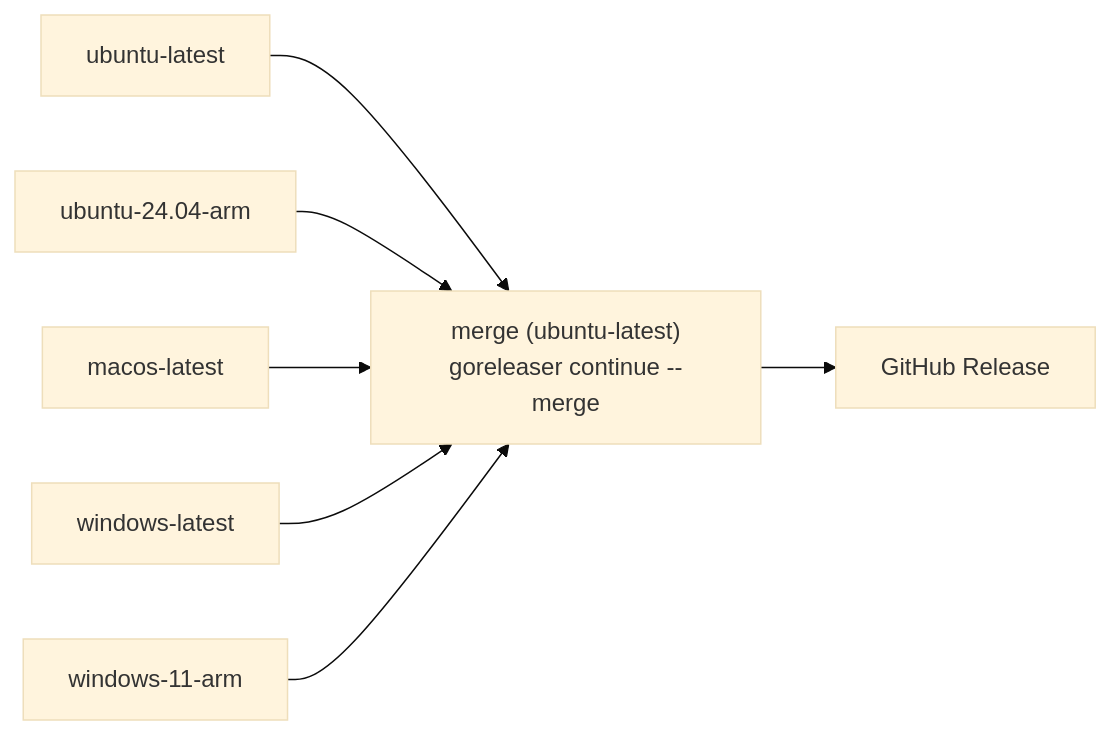
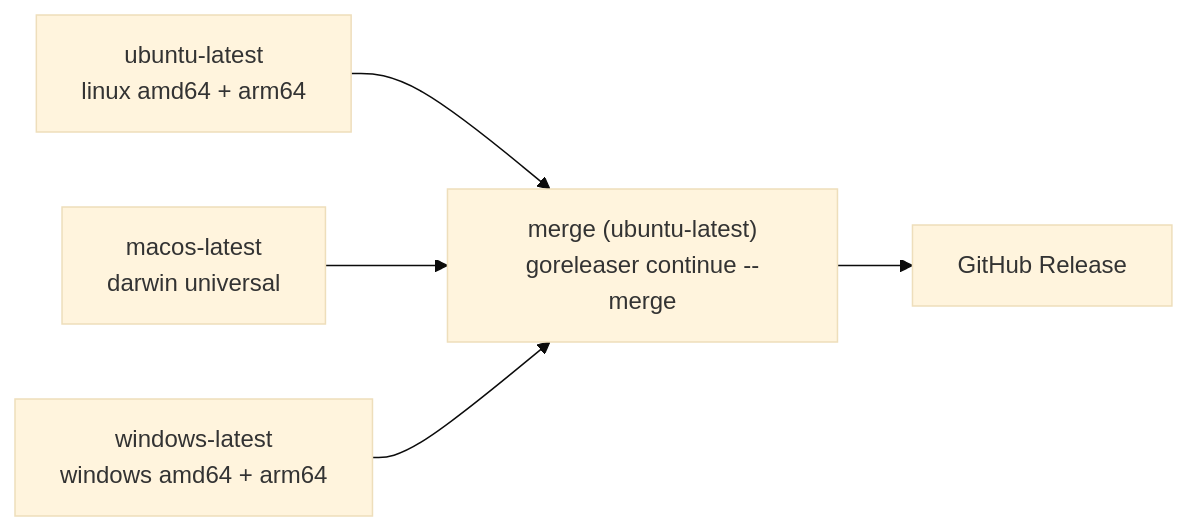
One commit to goreleaser/example-rust-split-merge changed the diagram in README.md. Above: the diagram before and after it, drawn with Mermaid (base theme). The commit also changed other lines of this file and 4 other files, not shown here.

````diff
--- a/README.md
+++ b/README.md
@@ -26,9 +35,7 @@
 ```mermaid
 flowchart LR
-    A[ubuntu-latest] --> M
-    B[ubuntu-24.04-arm] --> M
-    C[macos-latest] --> M
-    D[windows-latest] --> M
-    E[windows-11-arm] --> M
+    A[ubuntu-latest<br/>linux amd64 + arm64] --> M
+    B[macos-latest<br/>darwin universal] --> M
+    C[windows-latest<br/>windows amd64 + arm64] --> M
     M["merge (ubuntu-latest)<br/>goreleaser continue --merge"] --> R[GitHub Release]
 ```
````
